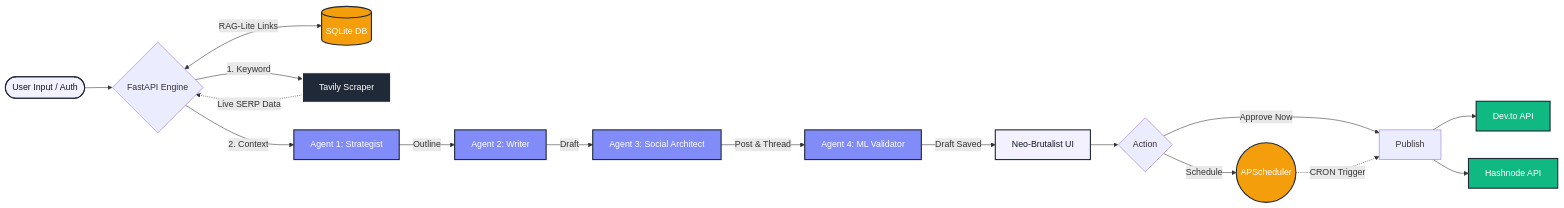
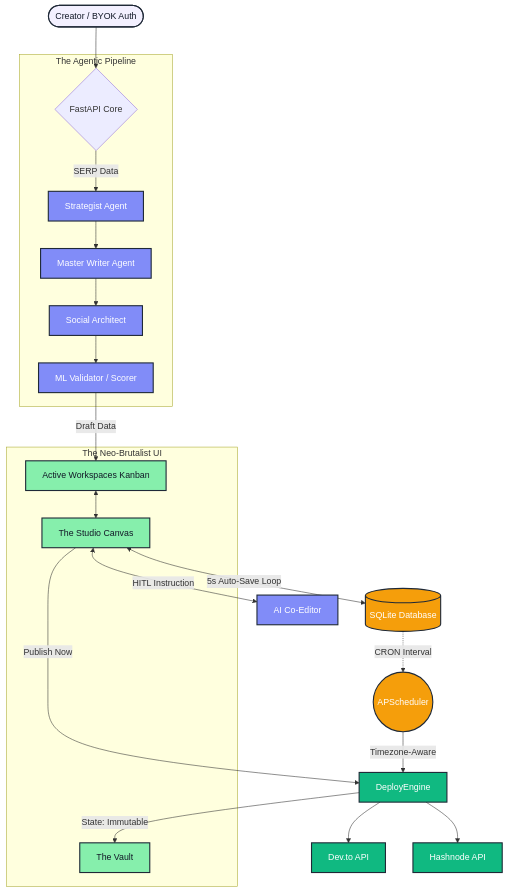
The diagram in README.md (mithielesh/Artifauctor), drawn with Mermaid before and after one commit. The commit also changed other lines of this file, not shown here.

````diff
--- a/README.md
+++ b/README.md
@@ -16,41 +16,48 @@
 ```mermaid
-flowchart LR
+flowchart TD
     %% Styling
     classDef input fill:#f3f0ff,stroke:#1f2937,stroke-width:2px,color:#111827
     classDef agent fill:#818cf8,stroke:#1f2937,stroke-width:2px,color:#fff
-    classDef external fill:#1f2937,stroke:#fff,stroke-width:2px,color:#fff
+    classDef db fill:#f59e0b,stroke:#1f2937,stroke-width:2px,color:#fff
+    classDef ui fill:#86efac,stroke:#1f2937,stroke-width:2px,color:#111827
     classDef deploy fill:#10b981,stroke:#1f2937,stroke-width:2px,color:#fff
-    classDef db fill:#f59e0b,stroke:#1f2937,stroke-width:2px,color:#fff
 
-    %% Flow
-    User([User Input / Auth]) --> API{FastAPI Engine}
+    User([Creator / BYOK Auth]) --> API{FastAPI Core}
     
-    %% DB & Research Phase
-    API <-->|RAG-Lite Links| Vault[(SQLite DB)]
-    API -->|1. Keyword| Scraper[Tavily Scraper]
-    Scraper -.->|Live SERP Data| API
+    %% The Multi-Agent Pipeline
+    subgraph Pipeline [The Agentic Pipeline]
+        API -->|SERP Data| Strat[Strategist Agent]
+        Strat --> Writer[Master Writer Agent]
+        Writer --> Social[Social Architect]
+        Social --> Val[ML Validator / Scorer]
+    end
     
-    %% Multi-Agent Pipeline
-    API -->|2. Context| Strat[Agent 1: Strategist]
-    Strat -->|Outline| Writer[Agent 2: Writer]
-    Writer -->|Draft| Social[Agent 3: Social Architect]
-    Social -->|Post & Thread| Val[Agent 4: ML Validator]
+    %% The UI State
+    subgraph Frontend [The Neo-Brutalist UI]
+        Board[Active Workspaces Kanban]
+        Studio[The Studio Canvas]
+        VaultUI[The Vault]
+    end
+
+    %% State Management
+    Val -->|Draft Data| Board
+    Board <--> Studio
+    Studio <-->|5s Auto-Save Loop| DB[(SQLite Database)]
+    Studio <-->|HITL Instruction| CoEditor[AI Co-Editor]
     
-    %% HITL & Background Tasks
-    Val -->|Draft Saved| UI[Neo-Brutalist UI]
-    UI --> App{Action}
-    App -->|Approve Now| Publish
-    App -->|Schedule| Worker((APScheduler))
-    Worker -.->|CRON Trigger| Publish
+    %% Deployment & Scheduler
+    Studio -->|Publish Now| DeployEngine
+    DB -.->|CRON Interval| Scheduler((APScheduler))
+    Scheduler -->|Timezone-Aware| DeployEngine
     
-    %% Publishing
-    Publish --> DevTo[Dev.to API]
-    Publish --> Hash[Hashnode API]
+    DeployEngine --> DevTo[Dev.to API]
+    DeployEngine --> Hash[Hashnode API]
+    DeployEngine -->|State: Immutable| VaultUI
 
     %% Apply Classes
-    class User,UI input;
-    class Strat,Writer,Social,Val agent;
-    class Scraper external;
-    class DevTo,Hash deploy;
-    class Vault,Worker db;
+    class User input;
+    class Strat,Writer,Social,Val,CoEditor agent;
+    class Board,Studio,VaultUI ui;
+    class DeployEngine,DevTo,Hash deploy;
+    class DB,Scheduler db;
 ```
````
